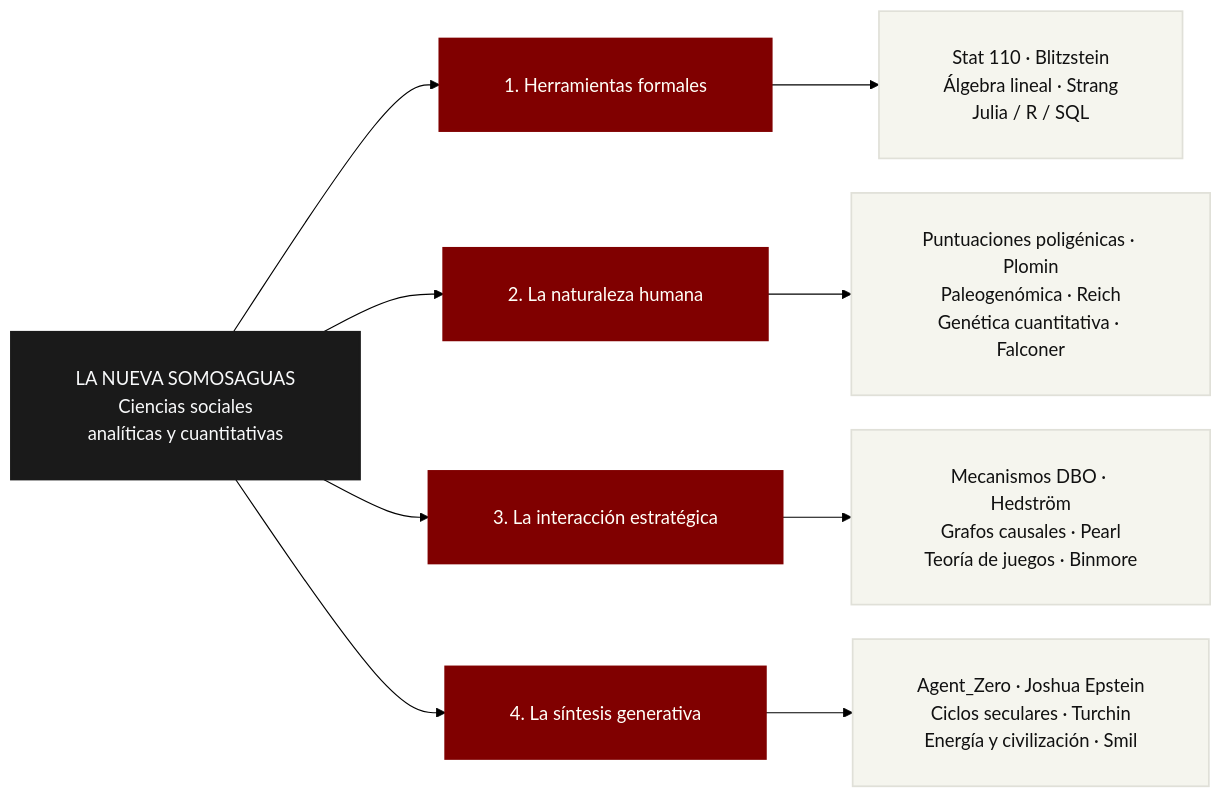
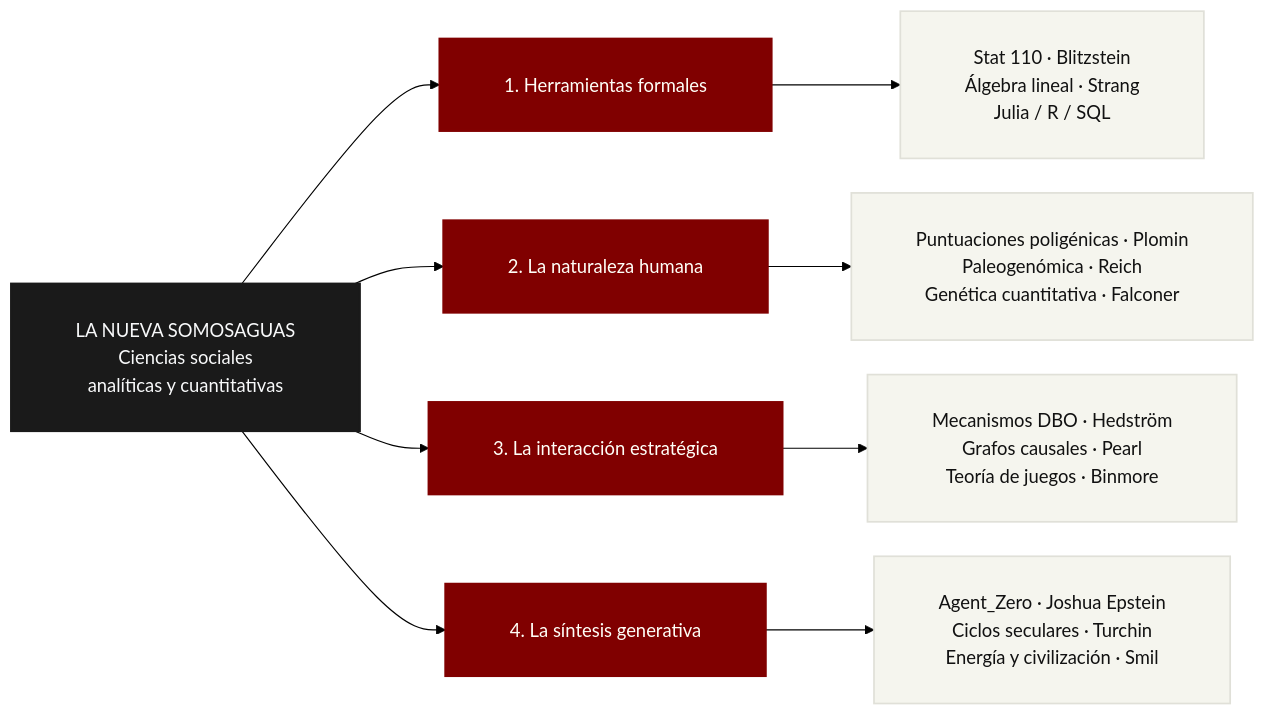
Before and after one commit to danielgccr/nuevasomosaguas: the diagram in index.qmd, drawn with Mermaid (forest theme). The commit also changed 7 other files, not shown here.

First line of the commit message:
Da a las etiquetas de mermaid el ancho que necesitan

````diff
--- a/index.qmd
+++ b/index.qmd
@@ -27,26 +27,26 @@
 ```{mermaid}
 %%| label: fig-pilares
 %%| fig-cap: "Los cuatro pilares de la consiliencia y sus referencias fundacionales."
 
-%%{init: {"flowchart": {"htmlLabels": false, "nodeSpacing": 30, "rankSpacing": 60, "padding": 28, "useMaxWidth": true}}}%%
+%%{init: {"flowchart": {"htmlLabels": false, "nodeSpacing": 30, "rankSpacing": 60, "padding": 28, "wrappingWidth": 460, "useMaxWidth": true}}}%%
 flowchart LR
     NS["LA NUEVA SOMOSAGUAS<br/>Ciencias sociales<br/>analíticas y cuantitativas"]
 
     NS --> P1["1. Herramientas formales"]
     NS --> P2["2. La naturaleza humana"]
     NS --> P3["3. La interacción estratégica"]
     NS --> P4["4. La síntesis generativa"]
 
     P1 --> R1["Stat 110 · Blitzstein<br/>Álgebra lineal · Strang<br/>Julia / R / SQL"]
     P2 --> R2["Puntuaciones poligénicas · Plomin<br/>Paleogenómica · Reich<br/>Genética cuantitativa · Falconer"]
     P3 --> R3["Mecanismos DBO · Hedström<br/>Grafos causales · Pearl<br/>Teoría de juegos · Binmore"]
     P4 --> R4["Agent_Zero · Joshua Epstein<br/>Ciclos seculares · Turchin<br/>Energía y civilización · Smil"]
 
     classDef raiz fill:#1a1a1a,stroke:#1a1a1a,stroke-width:2px,color:#f8f9fa
     classDef pilar fill:#800000,stroke:#800000,stroke-width:2px,color:#fffff8
     classDef ref fill:#f5f5ee,stroke:#e0e0d8,stroke-width:1.5px,color:#111111
 
     class NS raiz
     class P1,P2,P3,P4 pilar
     class R1,R2,R3,R4 ref
 ```
````
